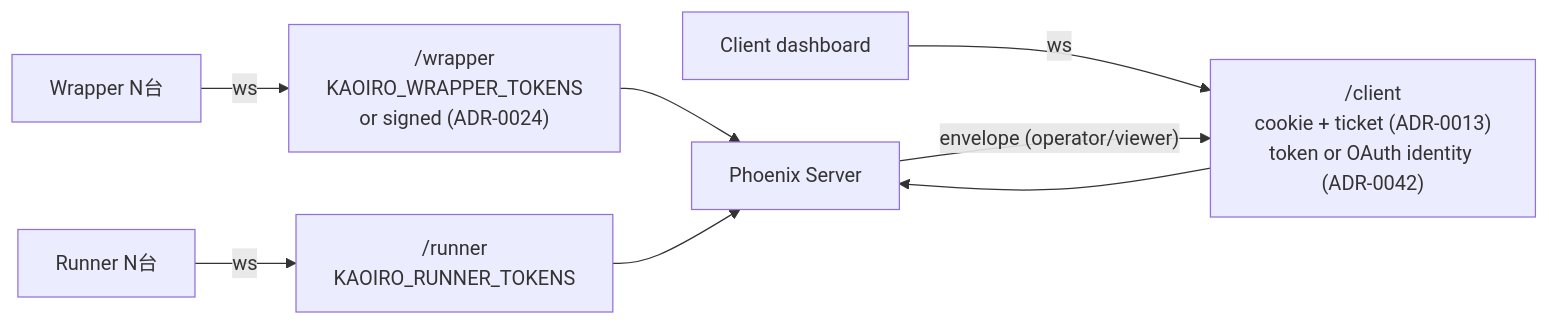
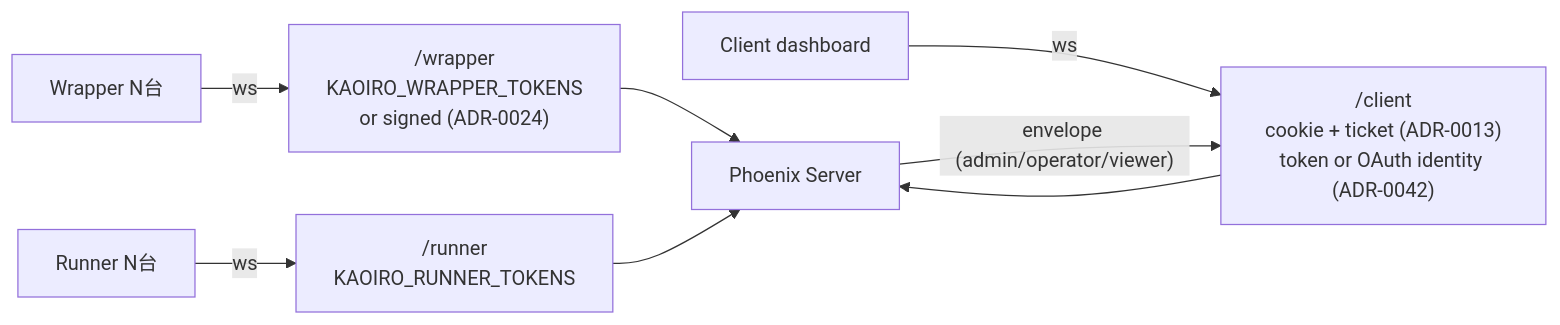
Before and after one commit to sakuraiyuta/kaoiro: the diagram in docs/specs/auth-and-authz.md, drawn with Mermaid. The commit also changed other lines of this file and 17 other files, not shown here.

First line of the commit message:
feat(server/wrapper): role を admin / operator / viewer の 3 値にする (issue #198)

````diff
--- a/docs/specs/auth-and-authz.md
+++ b/docs/specs/auth-and-authz.md
@@ -26,10 +26,10 @@
 ```mermaid
 flowchart LR
   W[Wrapper N台] -->|ws| WS["/wrapper<br/>KAOIRO_WRAPPER_TOKENS<br/>or signed (ADR-0024)"]
   R[Runner N台] -->|ws| RS["/runner<br/>KAOIRO_RUNNER_TOKENS"]
   C[Client dashboard] -->|ws| CS["/client<br/>cookie + ticket (ADR-0013)<br/>token or OAuth identity (ADR-0042)"]
   WS --> SRV[Phoenix Server]
   RS --> SRV
   CS --> SRV
-  SRV -->|"envelope (operator/viewer)"| CS
+  SRV -->|"envelope (admin/operator/viewer)"| CS
 ```
````
